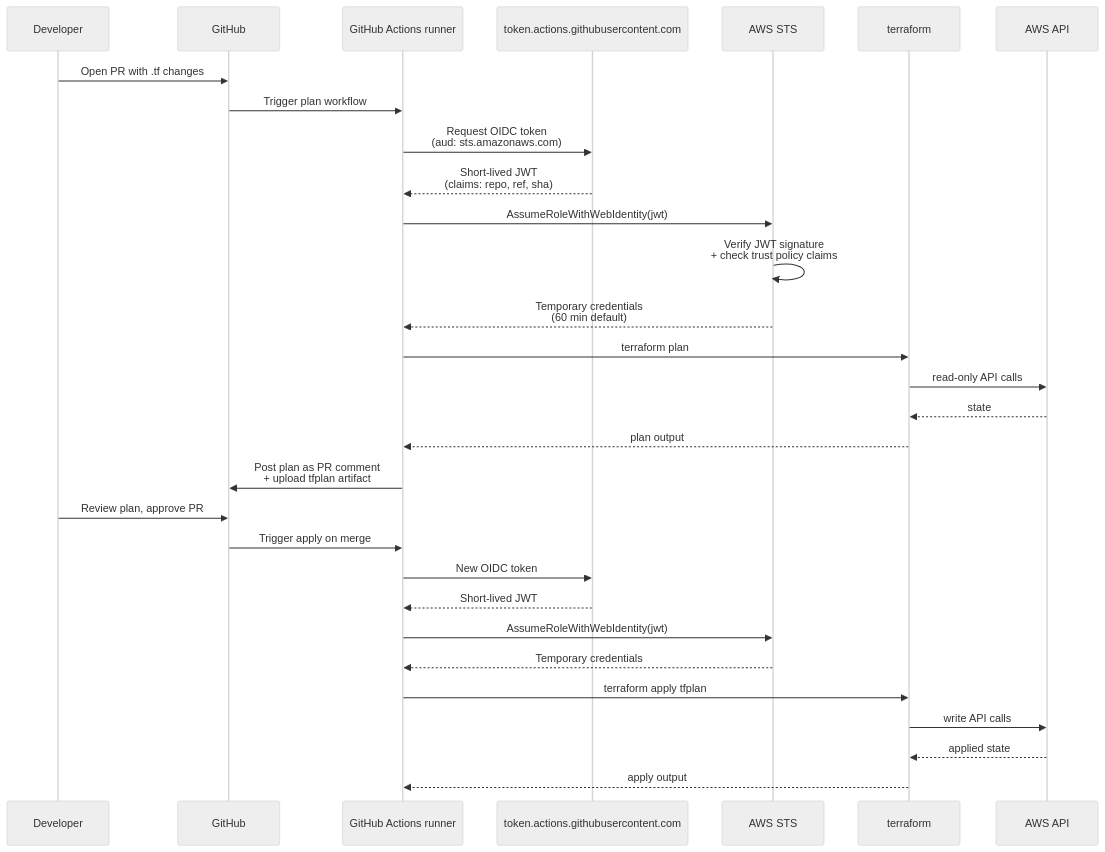
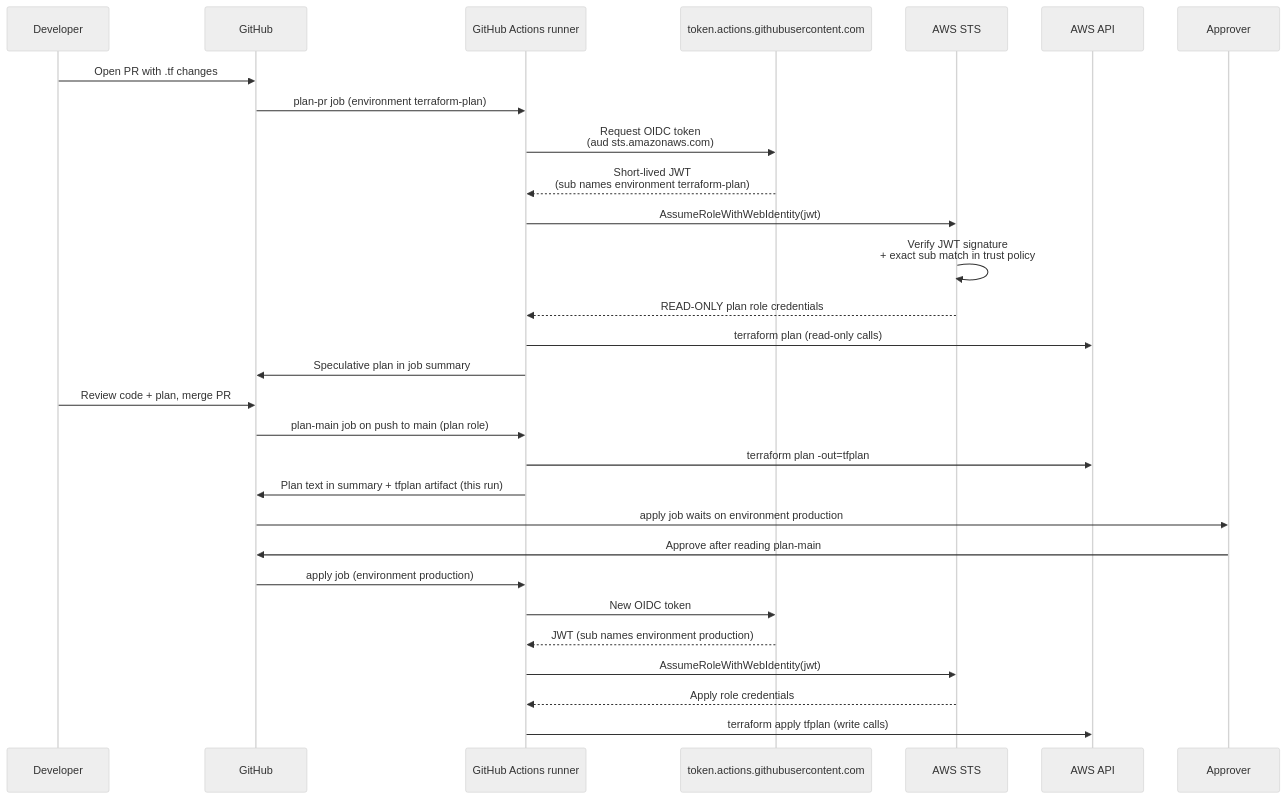
One commit to abd-ulbasit/bookstore-kubernetes-guide changed the diagram in full-guide/14-eks-in-production-a-to-z/07-infrastructure-cicd-and-drift.md. Above: the diagram before and after it, drawn with Mermaid (neutral theme). The commit also changed other lines of this file and 6 other files, not shown here.

First line of the commit message:
Rebuild the Terraform CI template so it applies the approved plan

````diff
--- a/full-guide/14-eks-in-production-a-to-z/07-infrastructure-cicd-and-drift.md
+++ b/full-guide/14-eks-in-production-a-to-z/07-infrastructure-cicd-and-drift.md
@@ -175,33 +200,32 @@
 ```mermaid
 sequenceDiagram
     participant Dev as Developer
     participant GH as GitHub
     participant Run as GitHub Actions runner
     participant OIDC as token.actions.githubusercontent.com
     participant STS as AWS STS
-    participant TF as terraform
     participant AWS as AWS API
+    participant Rev as Approver
 
     Dev->>GH: Open PR with .tf changes
-    GH->>Run: Trigger plan workflow
-    Run->>OIDC: Request OIDC token<br/>(aud: sts.amazonaws.com)
-    OIDC-->>Run: Short-lived JWT<br/>(claims: repo, ref, sha)
+    GH->>Run: plan-pr job (environment terraform-plan)
+    Run->>OIDC: Request OIDC token<br/>(aud sts.amazonaws.com)
+    OIDC-->>Run: Short-lived JWT<br/>(sub names environment terraform-plan)
     Run->>STS: AssumeRoleWithWebIdentity(jwt)
-    STS->>STS: Verify JWT signature<br/>+ check trust policy claims
-    STS-->>Run: Temporary credentials<br/>(60 min default)
-    Run->>TF: terraform plan
-    TF->>AWS: read-only API calls
-    AWS-->>TF: state
-    TF-->>Run: plan output
-    Run->>GH: Post plan as PR comment<br/>+ upload tfplan artifact
-    Dev->>GH: Review plan, approve PR
-    GH->>Run: Trigger apply on merge
+    STS->>STS: Verify JWT signature<br/>+ exact sub match in trust policy
+    STS-->>Run: READ-ONLY plan role credentials
+    Run->>AWS: terraform plan (read-only calls)
+    Run->>GH: Speculative plan in job summary
+    Dev->>GH: Review code + plan, merge PR
+    GH->>Run: plan-main job on push to main (plan role)
+    Run->>AWS: terraform plan -out=tfplan
+    Run->>GH: Plan text in summary + tfplan artifact (this run)
+    GH->>Rev: apply job waits on environment production
+    Rev->>GH: Approve after reading plan-main
+    GH->>Run: apply job (environment production)
     Run->>OIDC: New OIDC token
-    OIDC-->>Run: Short-lived JWT
+    OIDC-->>Run: JWT (sub names environment production)
     Run->>STS: AssumeRoleWithWebIdentity(jwt)
-    STS-->>Run: Temporary credentials
-    Run->>TF: terraform apply tfplan
-    TF->>AWS: write API calls
-    AWS-->>TF: applied state
-    TF-->>Run: apply output
+    STS-->>Run: Apply role credentials
+    Run->>AWS: terraform apply tfplan (write calls)
 ```
````
